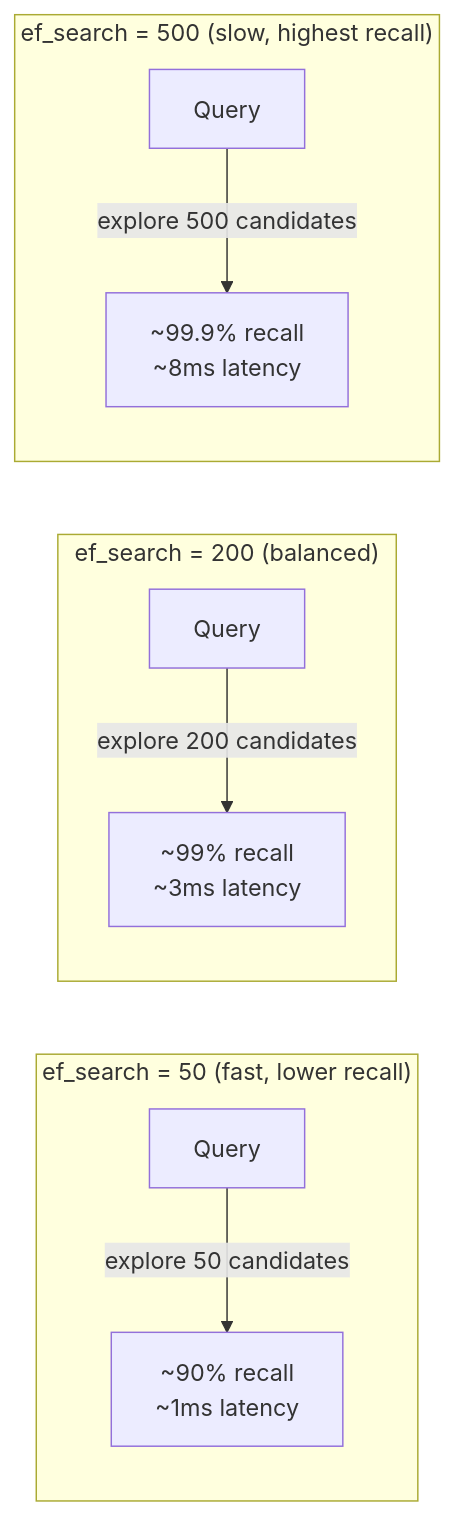
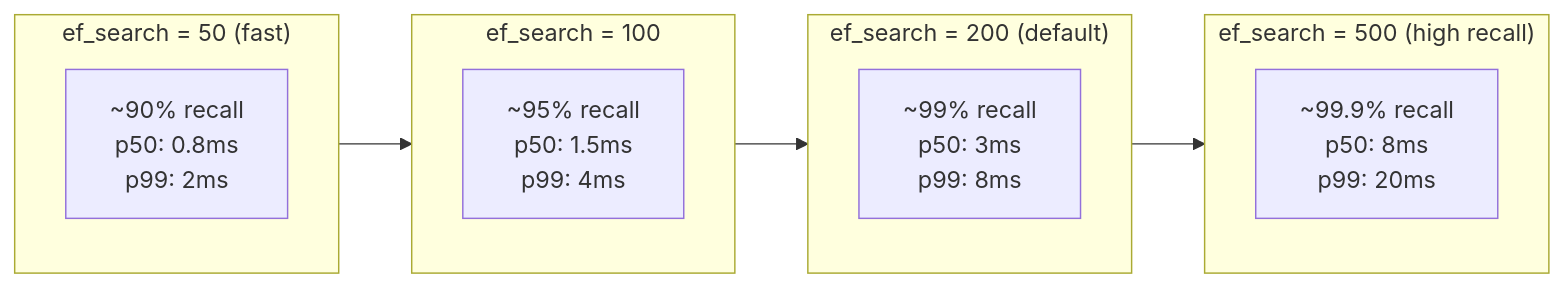
Before and after one commit to gauravprwl14/system-design-course: the third of 4 diagrams in docs-site/content/15-vector-databases/concepts/similarity-search.md, drawn with Mermaid. The commit also changed other lines of this file and 19 other files, not shown here.

````diff
--- a/docs-site/content/15-vector-databases/concepts/similarity-search.md
+++ b/docs-site/content/15-vector-databases/concepts/similarity-search.md
@@ -214,14 +379,20 @@
 ```mermaid
 graph LR
-    subgraph Low ef_search["ef_search = 50 (fast, lower recall)"]
-        Q1[Query] --> |"explore 50 candidates"| R1["~90% recall\n~1ms latency"]
+    subgraph ef50["ef_search = 50 (fast)"]
+        direction TB
+        A1["~90% recall\np50: 0.8ms\np99: 2ms"]
     end
-
-    subgraph Med ef_search["ef_search = 200 (balanced)"]
-        Q2[Query] --> |"explore 200 candidates"| R2["~99% recall\n~3ms latency"]
+    subgraph ef100["ef_search = 100"]
+        direction TB
+        A2["~95% recall\np50: 1.5ms\np99: 4ms"]
     end
-
-    subgraph High ef_search["ef_search = 500 (slow, highest recall)"]
-        Q3[Query] --> |"explore 500 candidates"| R3["~99.9% recall\n~8ms latency"]
+    subgraph ef200["ef_search = 200 (default)"]
+        direction TB
+        A3["~99% recall\np50: 3ms\np99: 8ms"]
     end
+    subgraph ef500["ef_search = 500 (high recall)"]
+        direction TB
+        A4["~99.9% recall\np50: 8ms\np99: 20ms"]
+    end
+    ef50 --> ef100 --> ef200 --> ef500
 ```
````
